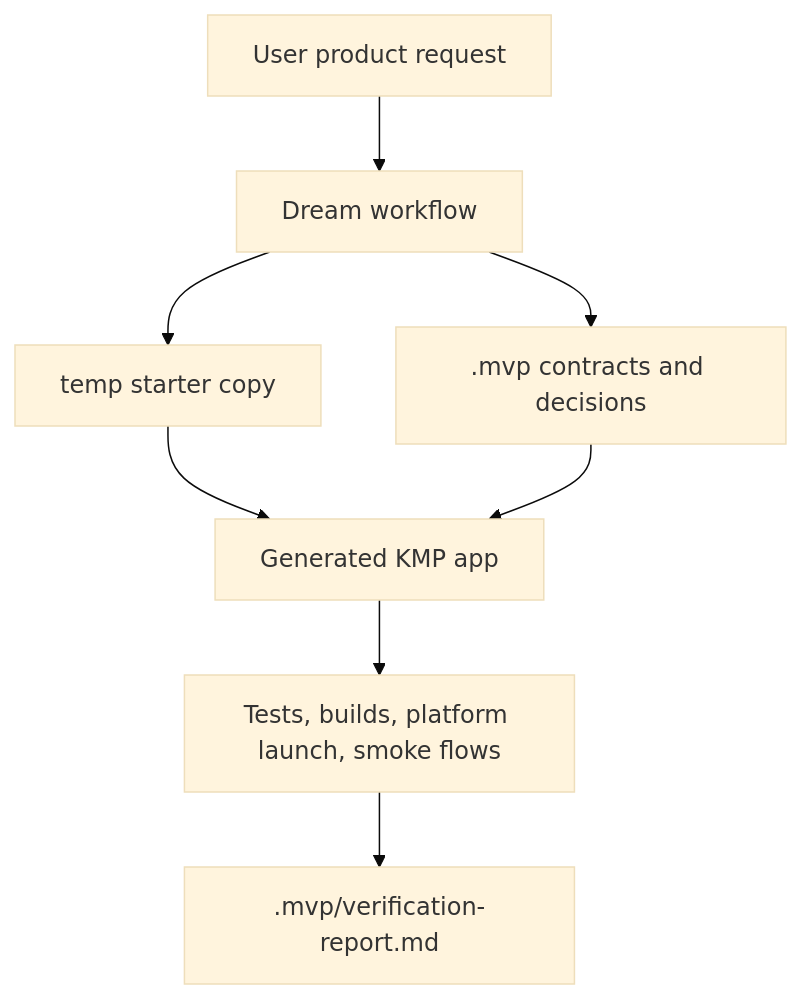
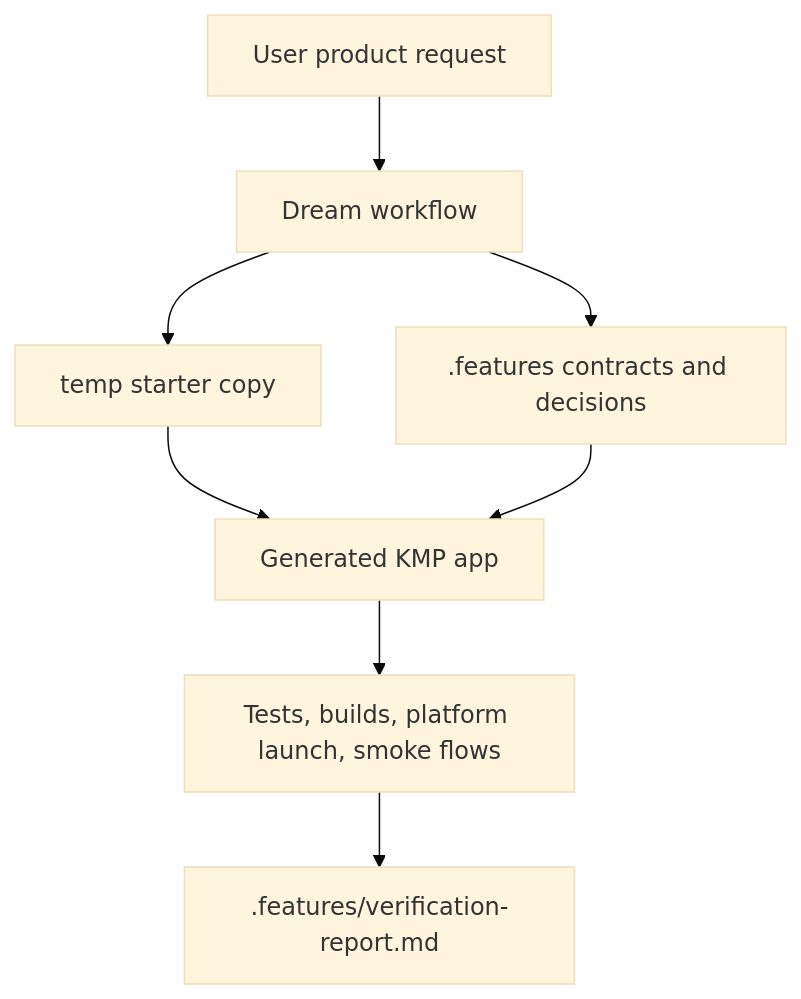
One commit to Helmy2/Dream changed the first of 8 diagrams in ONBOARDING.md. Above: the diagram before and after it, drawn with Mermaid (base theme). The commit also changed other lines of this file and 67 other files, not shown here.

````diff
--- a/ONBOARDING.md
+++ b/ONBOARDING.md
@@ -13,10 +13,10 @@
 ```mermaid
 flowchart TD
     User[User product request] --> Dream[Dream workflow]
-    Dream --> Contract[.mvp contracts and decisions]
+    Dream --> Contract[.features contracts and decisions]
     Dream --> Template[temp starter copy]
     Template --> Generated[Generated KMP app]
     Contract --> Generated
     Generated --> Verify[Tests, builds, platform launch, smoke flows]
-    Verify --> Report[.mvp/verification-report.md]
+    Verify --> Report[.features/verification-report.md]
 ```
````
